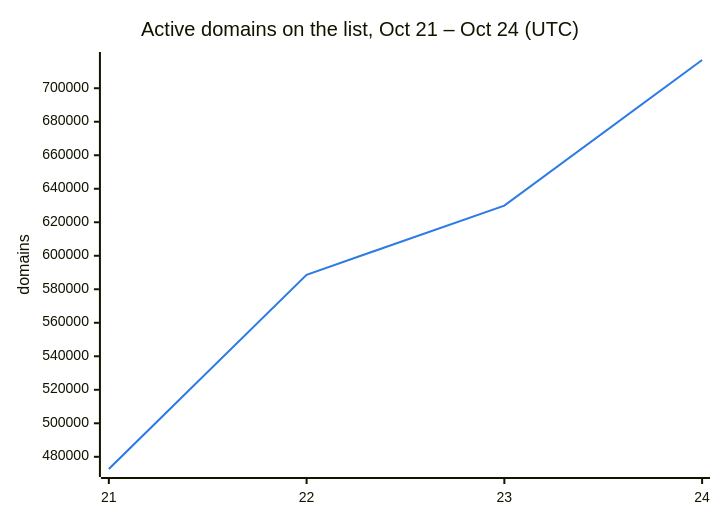
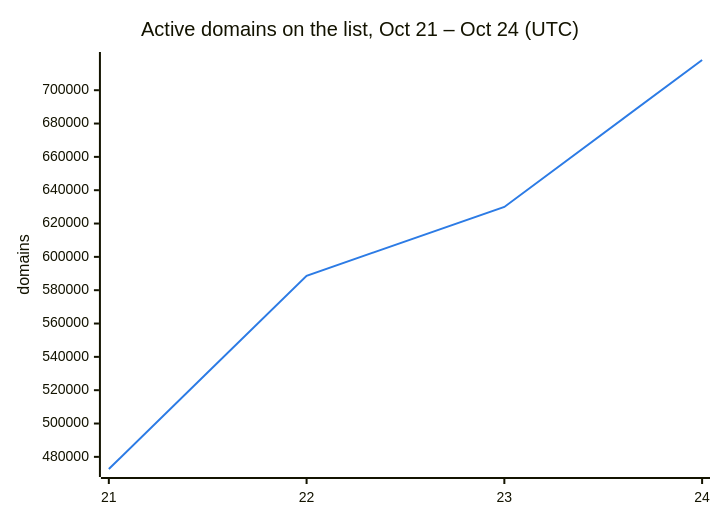
One commit to DNSBunker/CTI changed the second of 3 diagrams in README.md. Above: the diagram before and after it, drawn with Mermaid. The commit also changed other lines of this file and 3 other files, not shown here.

````diff
--- a/README.md
+++ b/README.md
@@ -38,8 +38,8 @@
 ```mermaid
 %%{init: {"themeVariables": {"xyChart": {"plotColorPalette": "#2c7be5"}}}}%%
 xychart-beta
     title "Active domains on the list, Oct 21 – Oct 24 (UTC)"
     x-axis ["21", "22", "23", "24"]
     y-axis "domains"
-    line [472713, 588659, 629951, 716853]
+    line [472713, 588659, 629951, 718129]
 ```
````
